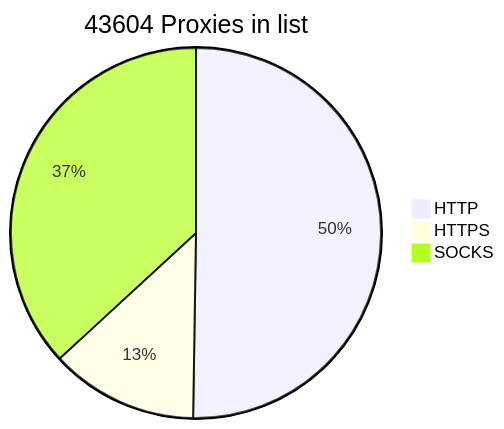
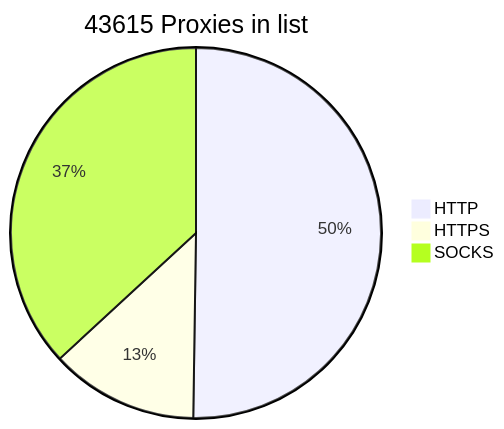
The diagram in README.md (BlackSnowDot/proxylist-update-every-minute), drawn with Mermaid before and after one commit.

````diff
--- a/README.md
+++ b/README.md
@@ -2,6 +2,6 @@
 ```mermaid
-pie title 43604 Proxies in list
+pie title 43615 Proxies in list
     "HTTP" : 24397
     "HTTPS": 6268
-    "SOCKS" : 17890
+    "SOCKS" : 17901
 ```
````
